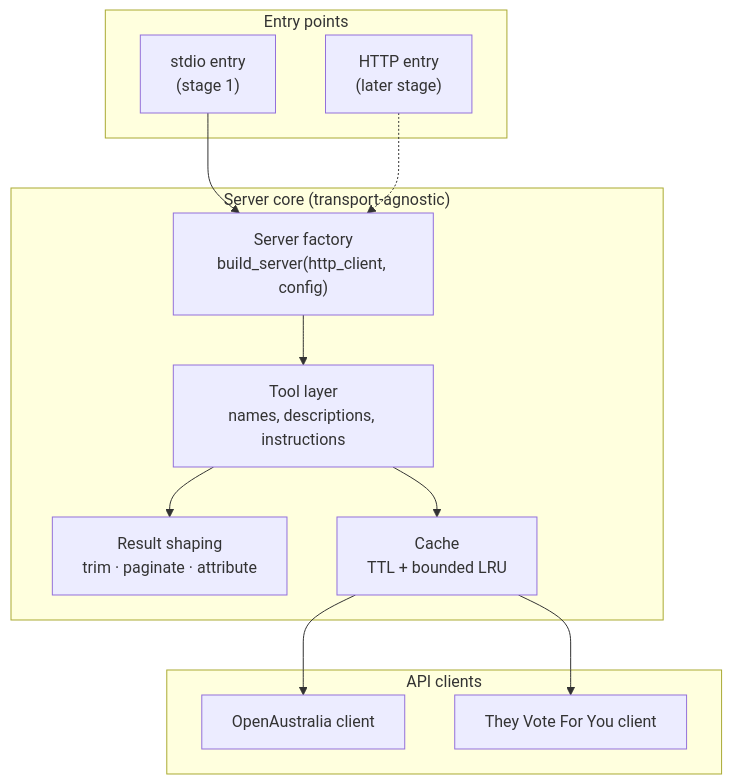
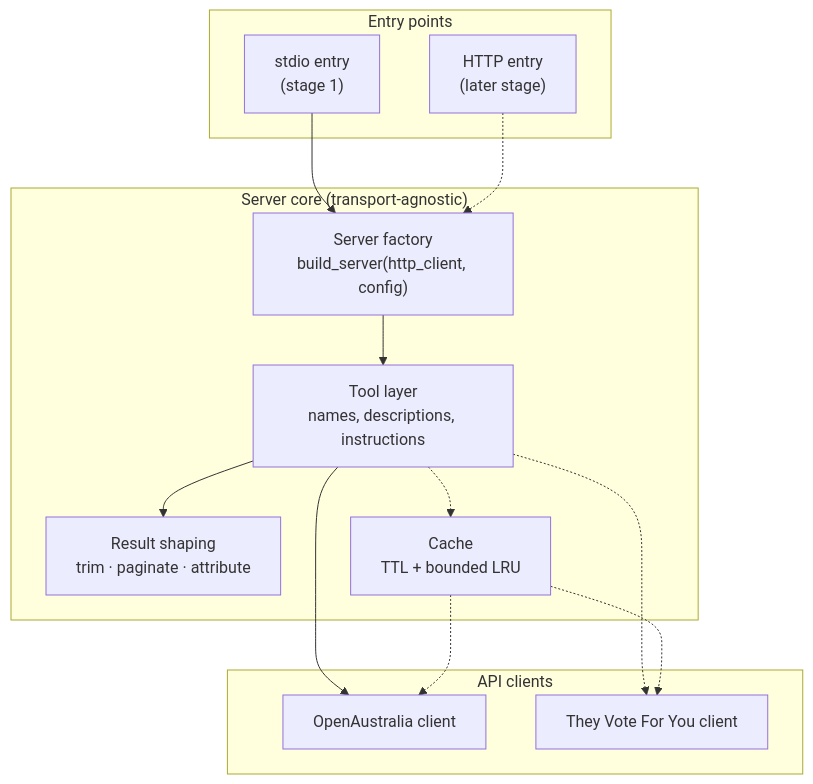
One commit to jeremiah-wa/openaustralia-mcp changed the second of 5 diagrams in docs/architecture.md. Above: the diagram before and after it, drawn with Mermaid. The commit also changed other lines of this file and 12 other files, not shown here.

First line of the commit message:
docs: split architecture.md and start recording ADRs (#21)

````diff
--- a/docs/architecture.md
+++ b/docs/architecture.md
@@ -22,27 +22,29 @@
 ```mermaid
 flowchart TB
     subgraph entry["Entry points"]
         stdio["stdio entry<br/>(stage 1)"]
         http["HTTP entry<br/>(later stage)"]
     end
 
     subgraph core["Server core (transport-agnostic)"]
         factory["Server factory<br/>build_server(http_client, config)"]
         tools["Tool layer<br/>names, descriptions, instructions"]
         shape["Result shaping<br/>trim · paginate · attribute"]
         cache["Cache<br/>TTL + bounded LRU"]
     end
 
     subgraph clients["API clients"]
         oac["OpenAustralia client"]
         tvc["They Vote For You client"]
     end
 
     stdio --> factory
     http -.-> factory
     factory --> tools
     tools --> shape
-    tools --> cache
-    cache --> oac
-    cache --> tvc
+    tools --> oac
+    tools -.-> tvc
+    tools -.-> cache
+    cache -.-> oac
+    cache -.-> tvc
 ```
````
